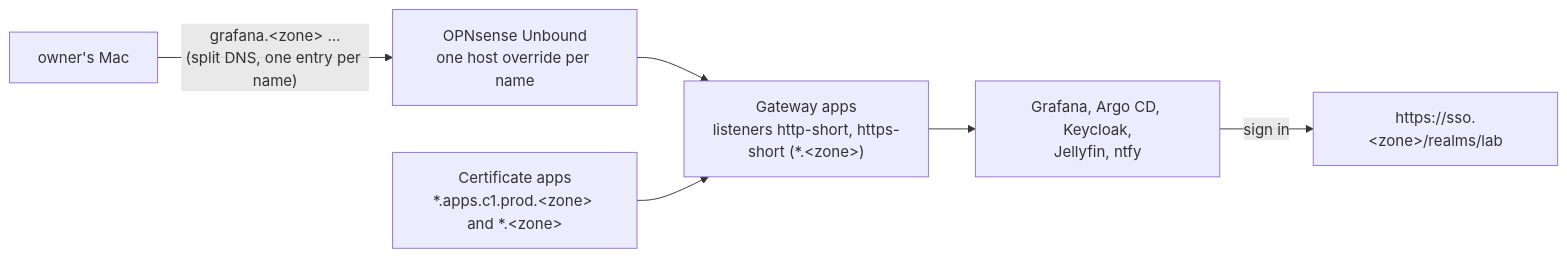
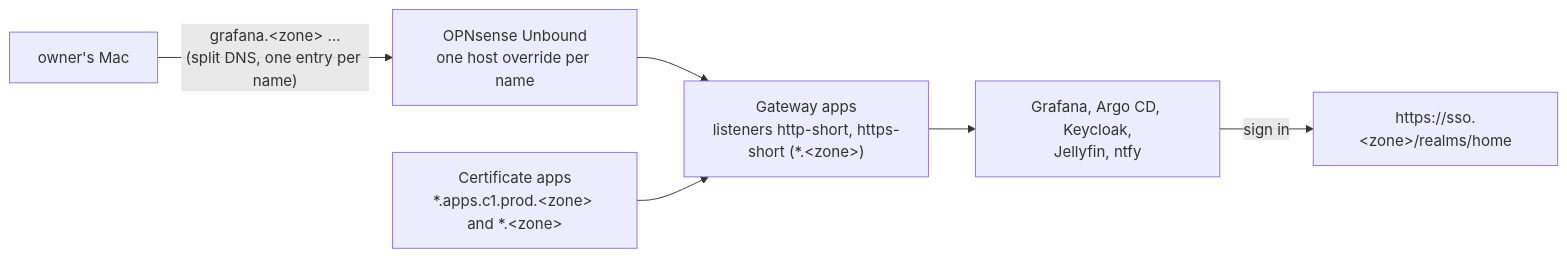
Before and after one commit to jonhill90/central-hub: the diagram in docs/runbooks/set-up-short-app-names.md, drawn with Mermaid. The commit also changed other lines of this file and 28 other files, not shown here.

First line of the commit message:
feat: rename the Keycloak realm lab to home, with its groups and sign-in name

````diff
--- a/docs/runbooks/set-up-short-app-names.md
+++ b/docs/runbooks/set-up-short-app-names.md
@@ -19,8 +19,8 @@
 ```mermaid
 flowchart LR
   mac["owner's Mac"] -- "grafana.&lt;zone&gt; …<br/>(split DNS, one entry per name)" --> ub["OPNsense Unbound<br/>one host override per name"]
   ub --> gw["Gateway apps<br/>listeners http-short, https-short (*.&lt;zone&gt;)"]
   cert["Certificate apps<br/>*.apps.c1.prod.&lt;zone&gt; and *.&lt;zone&gt;"] --> gw
   gw --> apps["Grafana, Argo CD, Keycloak,<br/>Jellyfin, ntfy"]
-  apps -- "sign in" --> kc["https://sso.&lt;zone&gt;/realms/lab"]
+  apps -- "sign in" --> kc["https://sso.&lt;zone&gt;/realms/home"]
 ```
````
